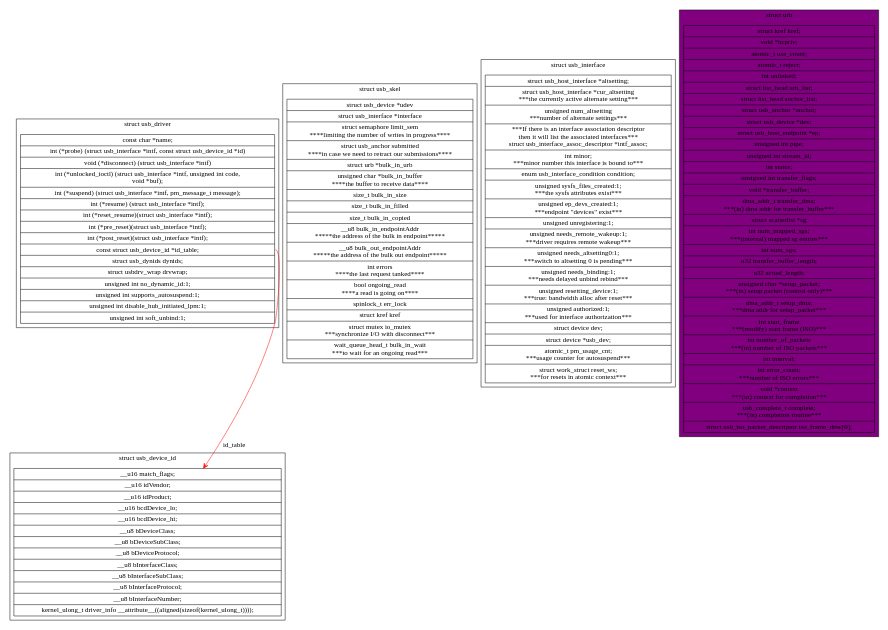
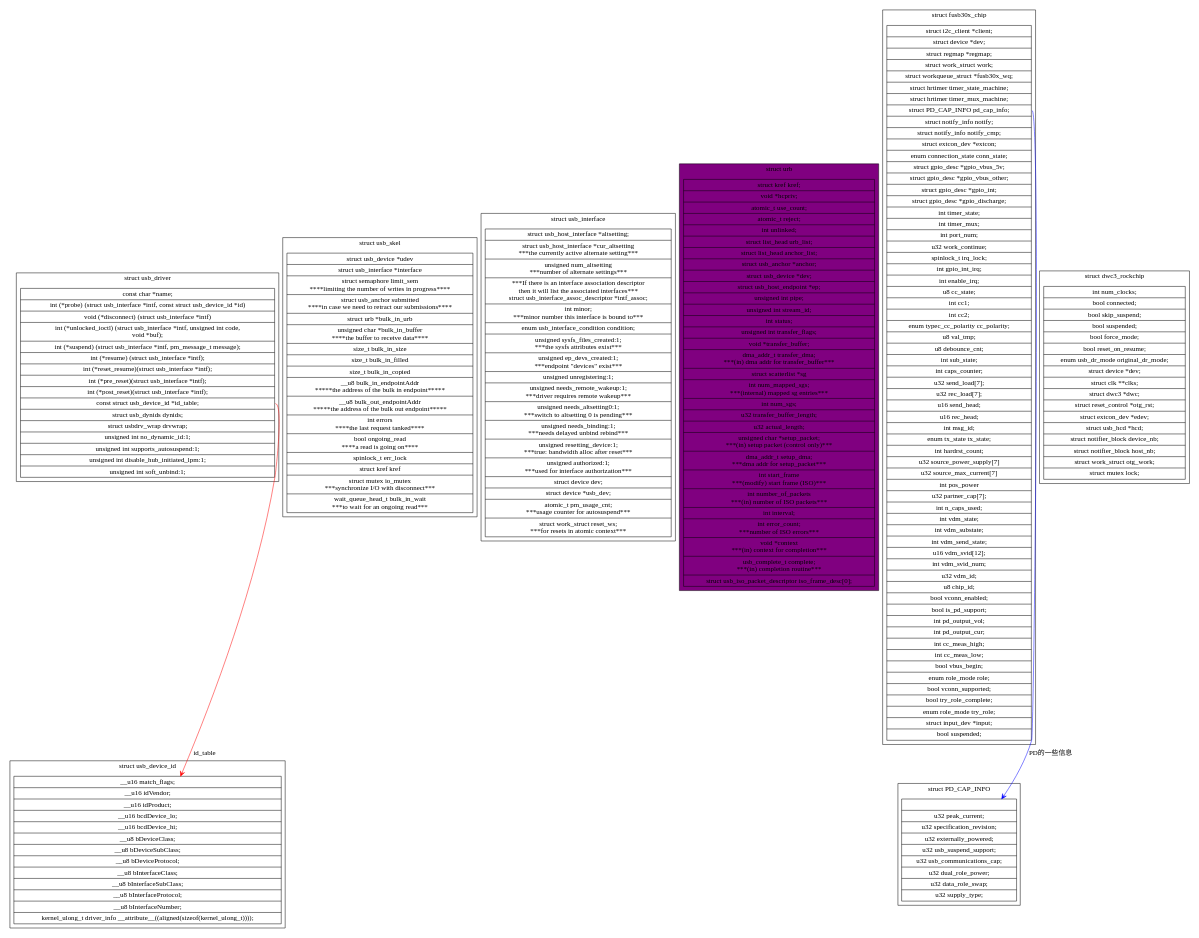
The diagram in graphviz/usb/usb.dot (YsuXia/Debian-Learning), drawn with Graphviz before and after one commit. The commit also changed 7 other files, not shown here.

```diff
--- a/graphviz/usb/usb.dot
+++ b/graphviz/usb/usb.dot
@@ -136,4 +136,112 @@
 	}"];
    }
 
+   subgraph cluster_struct_fusb30x_chip{
+	   label="struct fusb30x_chip";
+	   "struct fusb30x_chip"[label="{
+	struct i2c_client *client;
+    |struct device *dev;
+    |struct regmap *regmap;
+    |struct work_struct work;
+    |struct workqueue_struct *fusb30x_wq;
+    |struct hrtimer timer_state_machine;
+    |struct hrtimer timer_mux_machine;
+    |<pd_info>struct PD_CAP_INFO pd_cap_info;
+    |struct notify_info notify;
+    |struct notify_info notify_cmp;
+    |struct extcon_dev *extcon;
+    |enum connection_state conn_state;
+    |struct gpio_desc *gpio_vbus_5v;
+    |struct gpio_desc *gpio_vbus_other;
+    |struct gpio_desc *gpio_int;
+    |struct gpio_desc *gpio_discharge;
+    |int timer_state;
+    |int timer_mux;
+    |int port_num;
+    |u32 work_continue;
+    |spinlock_t irq_lock;
+    |int gpio_int_irq;
+    |int enable_irq;
+	|u8 cc_state;
+    |int cc1;
+    |int cc2;
+    |enum typec_cc_polarity cc_polarity;
+    |u8 val_tmp;
+    |u8 debounce_cnt;
+    |int sub_state;
+    |int caps_counter;
+    |u32 send_load\[7\];
+    |u32 rec_load\[7\];
+    |u16 send_head;
+    |u16 rec_head;
+    |int msg_id;
+    |enum tx_state tx_state;
+    |int hardrst_count;
+    |u32 source_power_supply\[7\]
+	|u32 source_max_current\[7\]
+	|int pos_power
+	|u32 partner_cap\[7\];
+    |int n_caps_used;
+    |int vdm_state;
+    |int vdm_substate;
+    |int vdm_send_state;
+    |u16 vdm_svid\[12\];
+    |int vdm_svid_num;
+    |u32 vdm_id;
+    |u8 chip_id;
+    |bool vconn_enabled;
+    |bool is_pd_support;
+    |int pd_output_vol;
+    |int pd_output_cur;
+    |int cc_meas_high;
+    |int cc_meas_low;
+    |bool vbus_begin;
+    |enum role_mode role;
+    |bool vconn_supported;
+    |bool try_role_complete;
+    |enum role_mode try_role;
+    |struct input_dev *input;
+    |bool suspended;
+   }"];
+   }
+
+subgraph cluster_struct_PD_CAP_INFO{
+	label="struct PD_CAP_INFO";
+	"struct PD_CAP_INFO"[label="{
+	|u32 peak_current;
+    |u32 specification_revision;
+    |u32 externally_powered;
+    |u32 usb_suspend_support;
+    |u32 usb_communications_cap;
+    |u32 dual_role_power;
+    |u32 data_role_swap;
+    |u32 supply_type;
+}"];
 }
+"struct fusb30x_chip":pd_info->"struct PD_CAP_INFO"[label="PD的一些信息" arrowhead="open" color="blue"];
+
+subgraph cluster_struct_dwc3_rockchip{
+	label="struct dwc3_rockchip";
+	"struct dwc3_rockchip"[label="{
+	int         num_clocks;
+    |bool            connected;
+    |bool            skip_suspend;
+    |bool            suspended;
+    |bool            force_mode;
+    |bool            reset_on_resume;
+    |enum usb_dr_mode    original_dr_mode;
+    |struct device       *dev;
+    |struct clk      **clks;
+    |struct dwc3     *dwc;
+    |struct reset_control    *otg_rst;
+    |struct extcon_dev   *edev;
+    |struct usb_hcd      *hcd;
+    |struct notifier_block   device_nb;
+    |struct notifier_block   host_nb;
+    |struct work_struct  otg_work;
+    |struct mutex        lock;
+}"];
+}
+
+
+}
```
